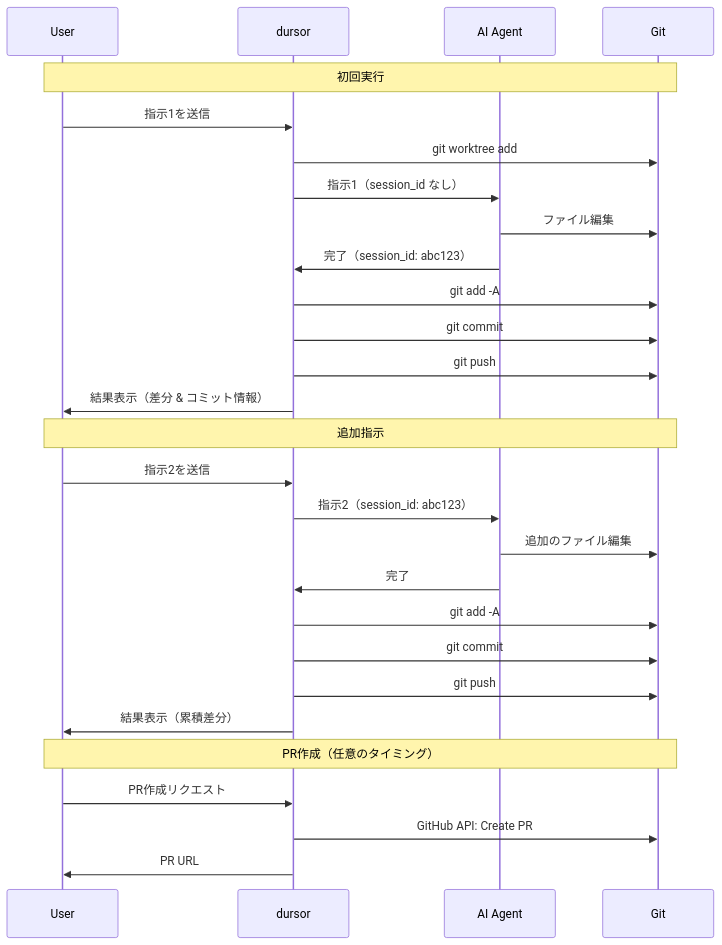
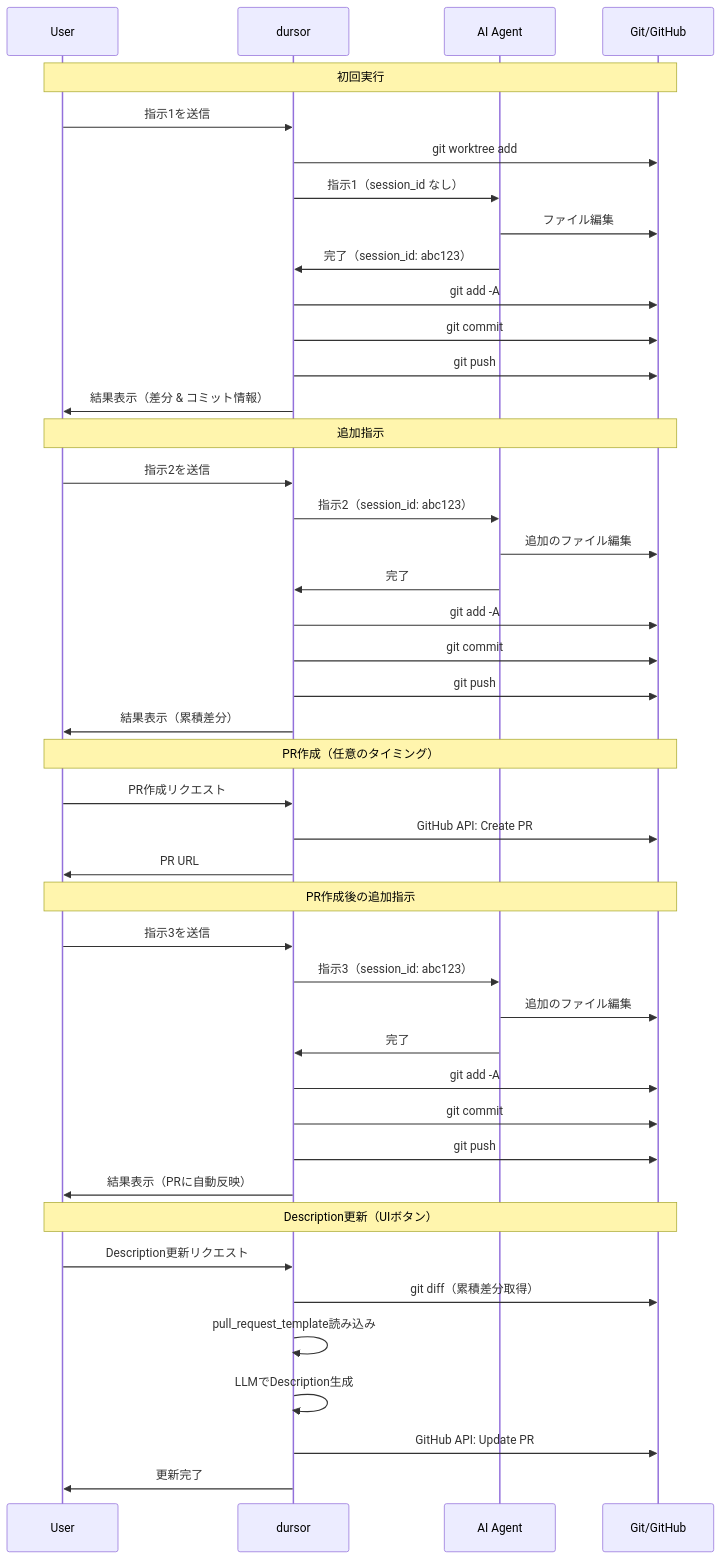
Before and after one commit to hampen2929/zloth: the sixth of 9 diagrams in docs/git_operation_design.md, drawn with Mermaid. The commit also changed other lines of this file, not shown here.

````diff
--- a/docs/git_operation_design.md
+++ b/docs/git_operation_design.md
@@ -627,33 +778,51 @@
 ```mermaid
 sequenceDiagram
     participant U as User
     participant D as dursor
     participant A as AI Agent
-    participant G as Git
+    participant G as Git/GitHub
 
     Note over U,G: 初回実行
     U->>D: 指示1を送信
     D->>G: git worktree add
     D->>A: 指示1（session_id なし）
     A->>G: ファイル編集
     A->>D: 完了（session_id: abc123）
     D->>G: git add -A
     D->>G: git commit
     D->>G: git push
     D->>U: 結果表示（差分 & コミット情報）
 
     Note over U,G: 追加指示
     U->>D: 指示2を送信
     D->>A: 指示2（session_id: abc123）
     A->>G: 追加のファイル編集
     A->>D: 完了
     D->>G: git add -A
     D->>G: git commit
     D->>G: git push
     D->>U: 結果表示（累積差分）
 
     Note over U,G: PR作成（任意のタイミング）
     U->>D: PR作成リクエスト
     D->>G: GitHub API: Create PR
     D->>U: PR URL
+
+    Note over U,G: PR作成後の追加指示
+    U->>D: 指示3を送信
+    D->>A: 指示3（session_id: abc123）
+    A->>G: 追加のファイル編集
+    A->>D: 完了
+    D->>G: git add -A
+    D->>G: git commit
+    D->>G: git push
+    D->>U: 結果表示（PRに自動反映）
+
+    Note over U,G: Description更新（UIボタン）
+    U->>D: Description更新リクエスト
+    D->>G: git diff（累積差分取得）
+    D->>D: pull_request_template読み込み
+    D->>D: LLMでDescription生成
+    D->>G: GitHub API: Update PR
+    D->>U: 更新完了
 ```
````
